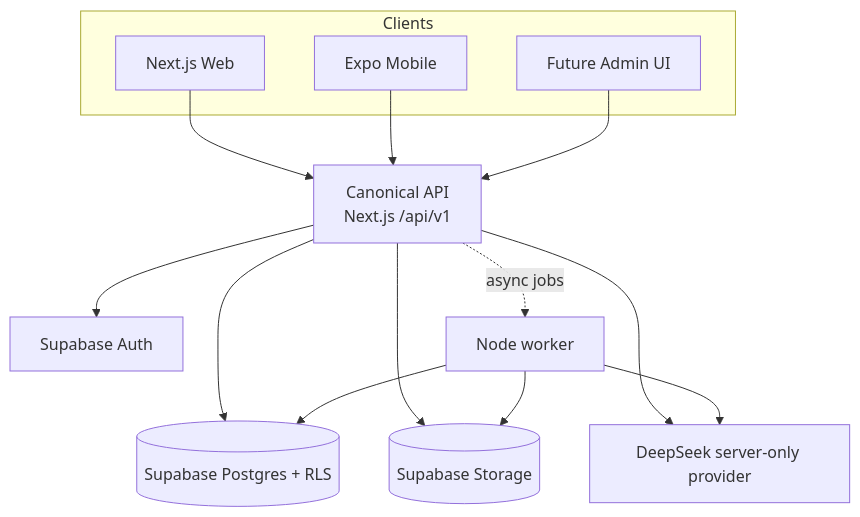
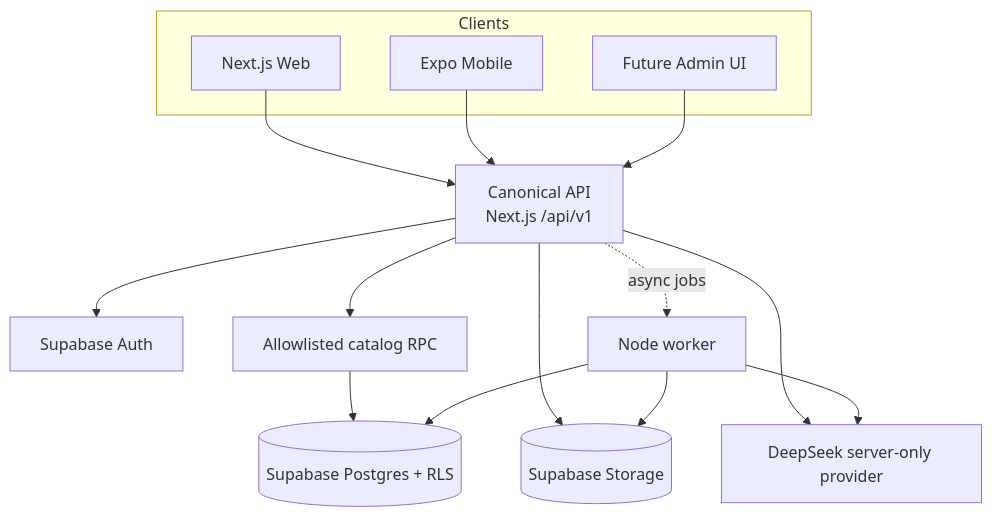
One commit to JasonTM17/Ideogram_LearningApp changed the diagram in docs/system-architecture.md. Above: the diagram before and after it, drawn with Mermaid. The commit also changed other lines of this file and 16 other files, not shown here.

Commit message:
docs(api): document learner catalog boundary

````diff
--- a/docs/system-architecture.md
+++ b/docs/system-architecture.md
@@ -48,27 +74,29 @@
 ```mermaid
 flowchart TB
   subgraph Clients["Clients"]
     Web["Next.js Web"]
     Mobile["Expo Mobile"]
     Admin["Future Admin UI"]
   end
 
   API["Canonical API\nNext.js /api/v1"]
   Auth["Supabase Auth"]
+  CatalogRPC["Allowlisted catalog RPC"]
   DB[("Supabase Postgres + RLS")]
   Storage[("Supabase Storage")]
   Worker["Node worker"]
   AI["DeepSeek server-only provider"]
 
   Web --> API
   Mobile --> API
   Admin --> API
   API --> Auth
-  API --> DB
+  API --> CatalogRPC
+  CatalogRPC --> DB
   API --> Storage
   API --> AI
   API -. async jobs .-> Worker
   Worker --> DB
   Worker --> Storage
   Worker --> AI
 ```
````
